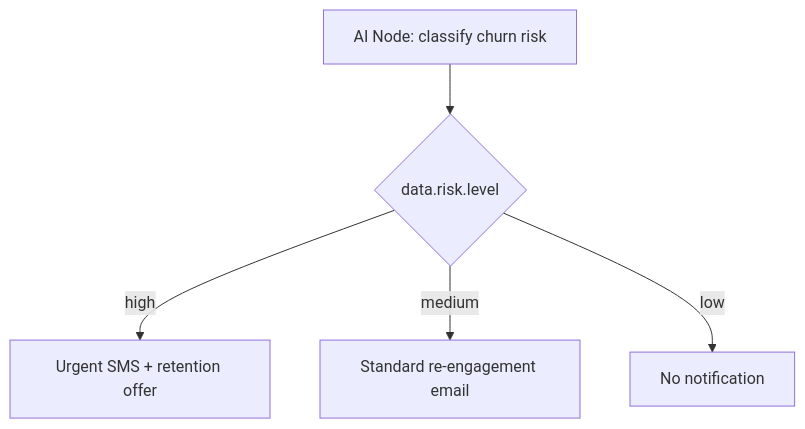
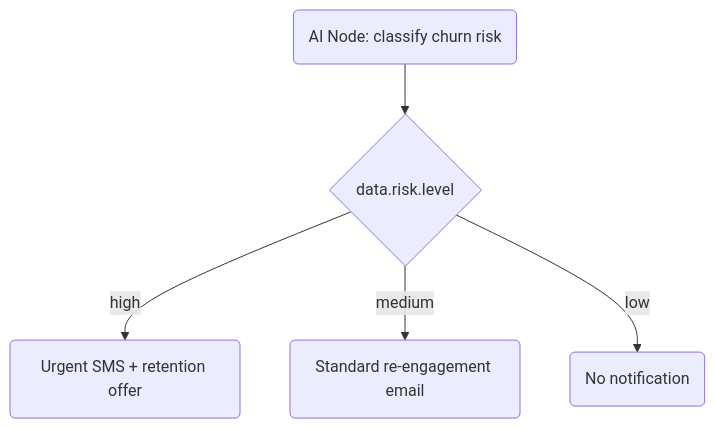
Before and after one commit to KriyanshKhunt/nexus_docs: the second of 2 diagrams in content/docs/en/platform/features/ai-workflow-node.mdx, drawn with Mermaid. The commit also changed other lines of this file and 25 other files, not shown here.

Commit message:
Handle en Mermaid charts

````diff
--- a/content/docs/en/platform/features/ai-workflow-node.mdx
+++ b/content/docs/en/platform/features/ai-workflow-node.mdx
@@ -64,7 +64,7 @@
 ```mermaid
 flowchart TD
-  AI[AI Node: classify churn risk] --> C{data.risk.level}
-  C -->|high| SMS[Urgent SMS + retention offer]
-  C -->|medium| Email[Standard re-engagement email]
-  C -->|low| Skip[No notification]
+  AI(AI Node: classify churn risk) --> C{data.risk.level}
+  C -->|high| SMS(Urgent SMS + retention offer)
+  C -->|medium| Email(Standard re-engagement email)
+  C -->|low| Skip(No notification)
 ```
````
